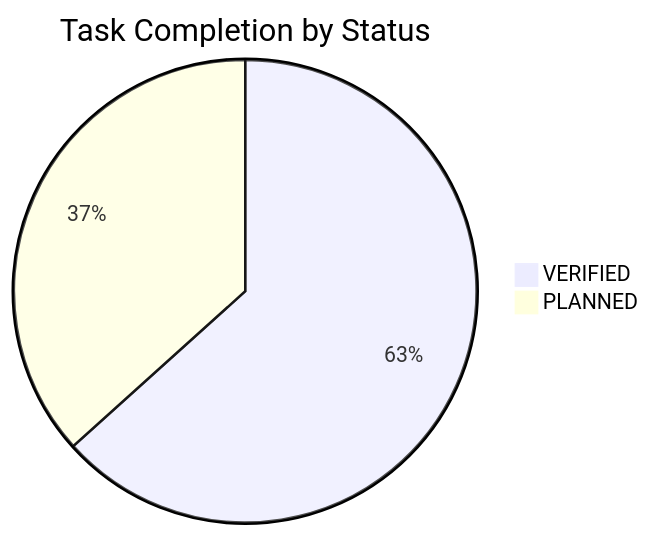
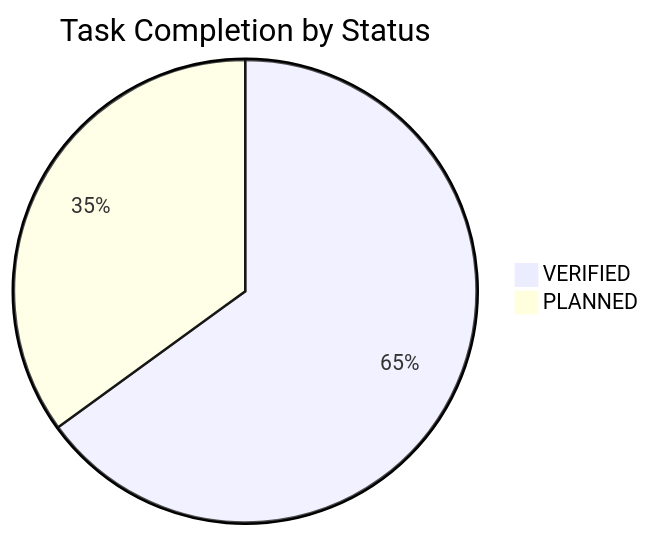
Before and after one commit to NguyenTriBaoThang/ClearWayAI: the diagram in docs/TASK_BOARD.md, drawn with Mermaid. The commit also changed other lines of this file and 6 other files, not shown here.

````diff
--- a/docs/TASK_BOARD.md
+++ b/docs/TASK_BOARD.md
@@ -16,5 +16,5 @@
 ```mermaid
 pie title Task Completion by Status
-    "VERIFIED" : 38
-    "PLANNED" : 22
+    "VERIFIED" : 39
+    "PLANNED" : 21
 ```
````
